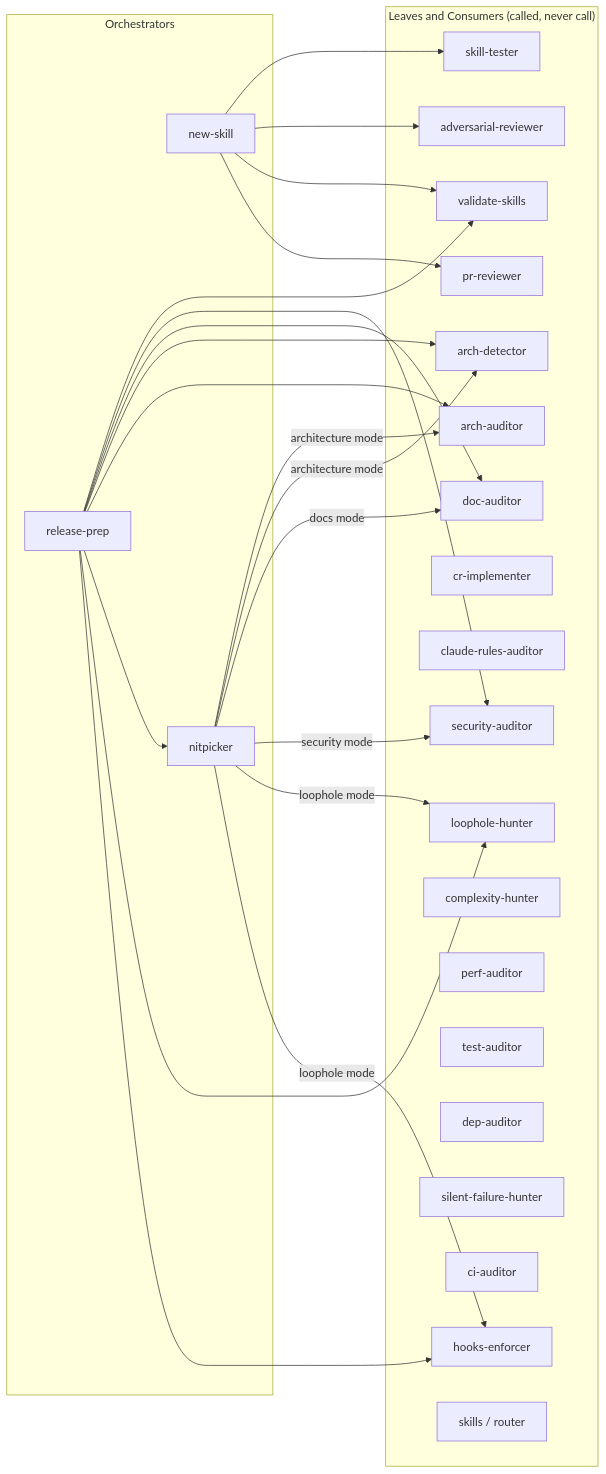
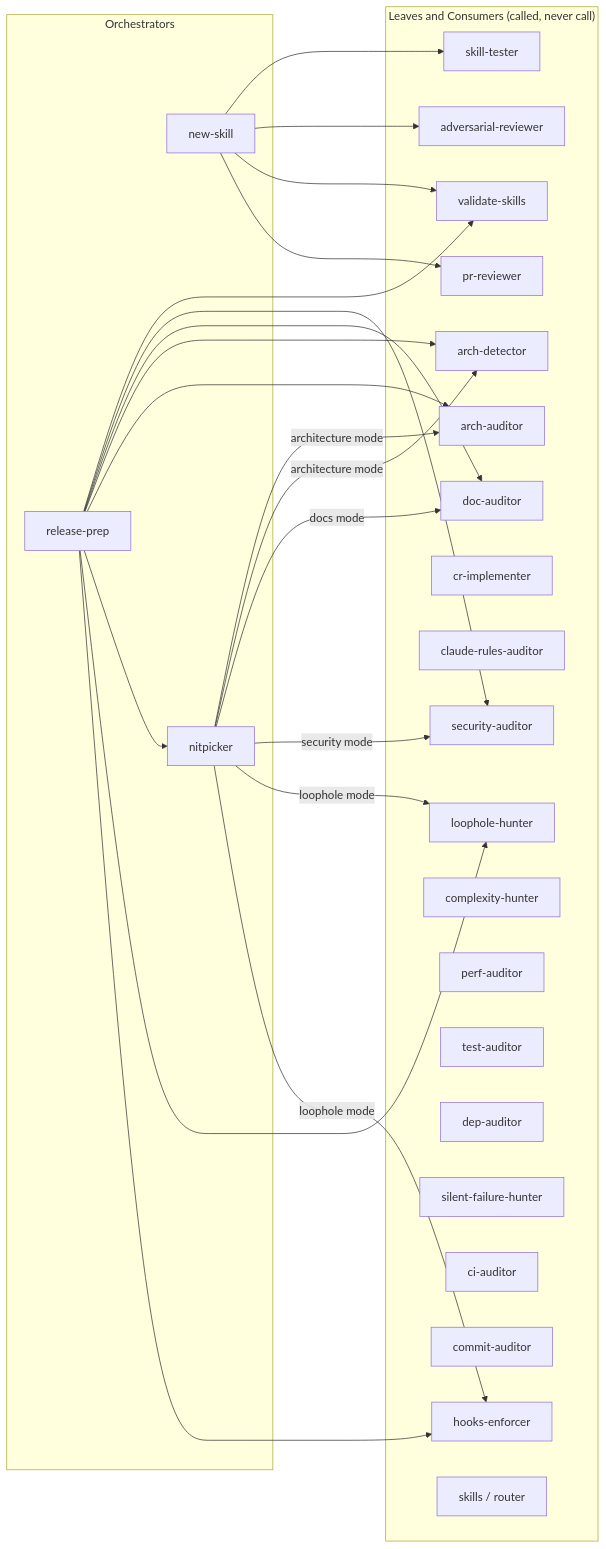
One commit to ivuorinen/skills changed the sixth of 6 diagrams in .claude/skills/README.md. Above: the diagram before and after it, drawn with Mermaid. The commit also changed other lines of this file and 6 other files, not shown here.

First line of the commit message:
feat: add commit-auditor skill (#38)

````diff
--- a/.claude/skills/README.md
+++ b/.claude/skills/README.md
@@ -323,51 +331,52 @@
 ```mermaid
 graph LR
     subgraph orchestrators["Orchestrators"]
         NS[new-skill]
         RP[release-prep]
         NP[nitpicker]
     end
 
     subgraph leaves["Leaves and Consumers (called, never call)"]
         AR[adversarial-reviewer]
         VS[validate-skills]
         AD[arch-detector]
         AA[arch-auditor]
         DA[doc-auditor]
         PR[pr-reviewer]
         SA[security-auditor]
         CRI[cr-implementer]
         CRA[claude-rules-auditor]
         LH[loophole-hunter]
         HE[hooks-enforcer]
         CH[complexity-hunter]
         PA[perf-auditor]
         TA[test-auditor]
         DEP[dep-auditor]
         SFH[silent-failure-hunter]
         CIA[ci-auditor]
+        CMA[commit-auditor]
         ST[skill-tester]
         SK[skills / router]
     end
 
     NS --> ST
     NS --> AR
     NS --> VS
     NS --> PR
 
     RP --> VS
     RP --> SA
     RP --> DA
     RP --> AD
     RP --> AA
     RP --> NP
     RP --> LH
     RP --> HE
 
     NP -->|architecture mode| AA
     NP -->|architecture mode| AD
     NP -->|docs mode| DA
     NP -->|security mode| SA
     NP -->|loophole mode| LH
     NP -->|loophole mode| HE
 ```
````
